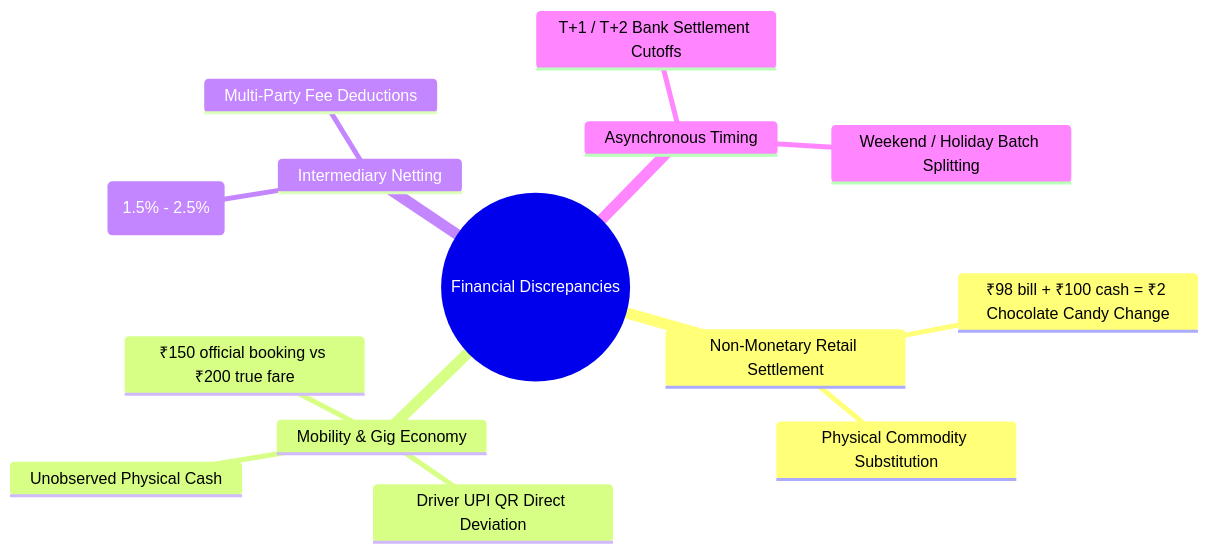
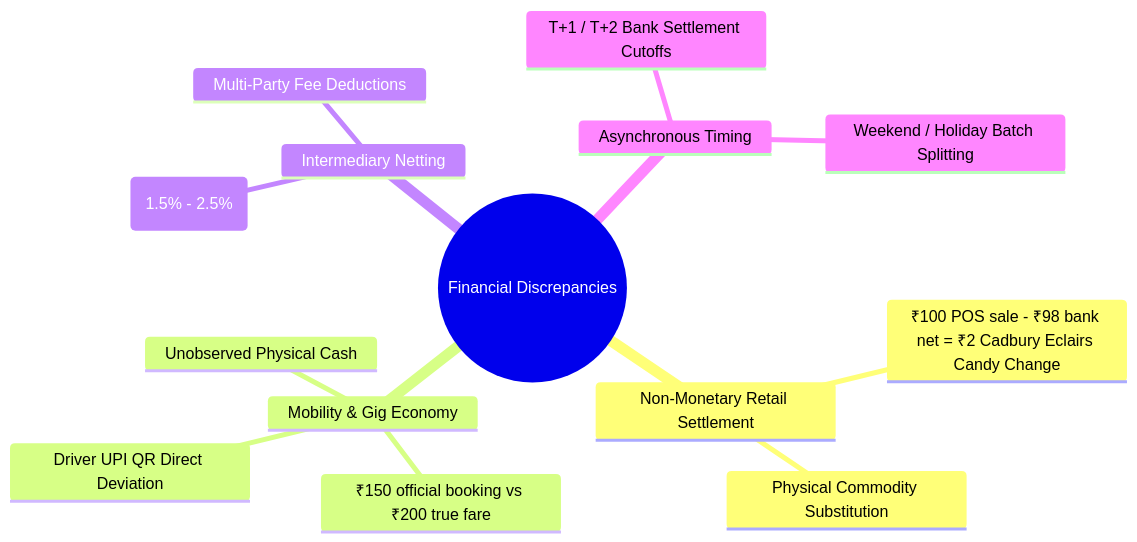
Before and after one commit to Nishant-codess/ShadowLedger: the first of 4 diagrams in README.md, drawn with Mermaid. The commit also changed other lines of this file and 39 other files, not shown here.

````diff
--- a/README.md
+++ b/README.md
@@ -115,17 +115,17 @@
 ```mermaid
 mindmap
   root((Financial Discrepancies))
     Non-Monetary Retail Settlement
-      ₹98 bill + ₹100 cash = ₹2 Chocolate Candy Change
+      ₹100 POS sale - ₹98 bank net = ₹2 Cadbury Eclairs Candy Change
       Physical Commodity Substitution
     Mobility & Gig Economy
       ₹150 official booking vs ₹200 true fare
       Driver UPI QR Direct Deviation
       Unobserved Physical Cash
     Intermediary Netting
       Gateway MDR Surcharge (1.5% - 2.5%)
       Multi-Party Fee Deductions
     Asynchronous Timing
       T+1 / T+2 Bank Settlement Cutoffs
       Weekend / Holiday Batch Splitting
 ```
````
